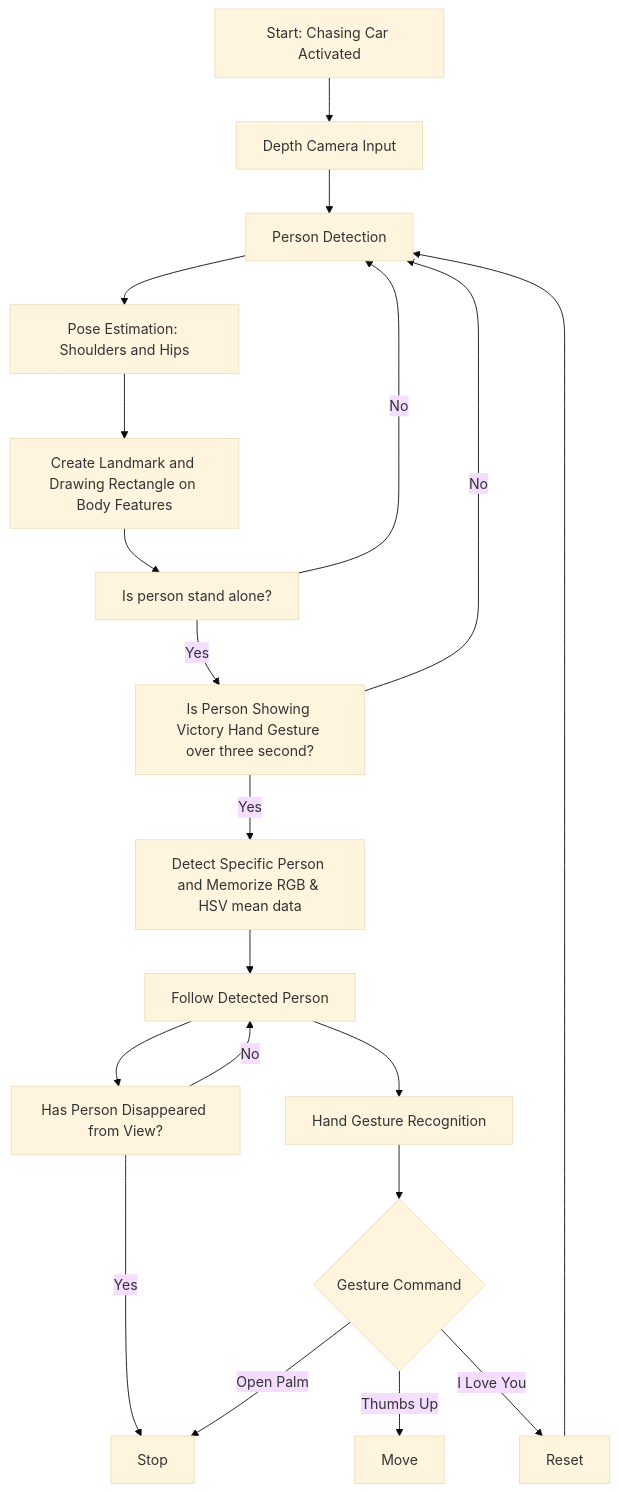
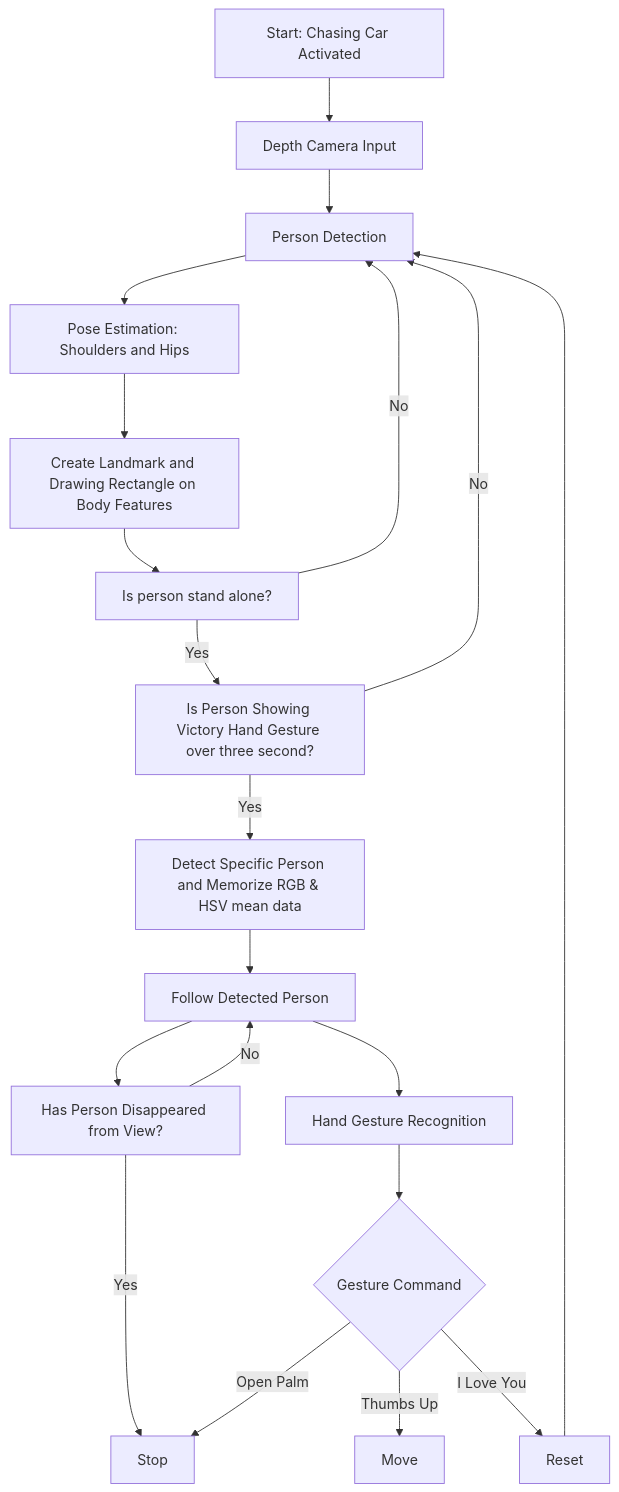
The second of 2 diagrams in AI-project/Color-Checker/README.md (Eunchan1578/Embeded-career-ecKim), drawn with Mermaid before and after one commit.

````diff
--- a/AI-project/Color-Checker/README.md
+++ b/AI-project/Color-Checker/README.md
@@ -34,23 +34,22 @@
 ```mermaid
-%%{init: {'theme': 'base', 'themeVariables': { 'fontSize': 10 }, 'scale': 0.1 } }%%
 flowchart TD
     A[Start: Chasing Car Activated] --> B[Depth Camera Input]
     B --> C[Person Detection]
     C --> D[Pose Estimation: Shoulders and Hips]
     D --> E[Create Landmark and Drawing Rectangle on Body Features]
     E --> F[Is person stand alone?]
     F -- Yes --> G[Is Person Showing Victory Hand Gesture over three second?]
     F -- No --> C
     G -- Yes --> H[Detect Specific Person and Memorize RGB & HSV mean data]
     G -- No --> C
     H --> I[Follow Detected Person]
     I --> J[Hand Gesture Recognition]
     I --> Q[Has Person Disappeared from View?]
     Q -- Yes --> M[Stop]
     Q -- No --> I
     J --> K{Gesture Command}
     K -- Open Palm --> M[Stop]
     K -- Thumbs Up--> N[Move]
     K -- I Love You --> L[Reset]
     L --> C
 ```
````
